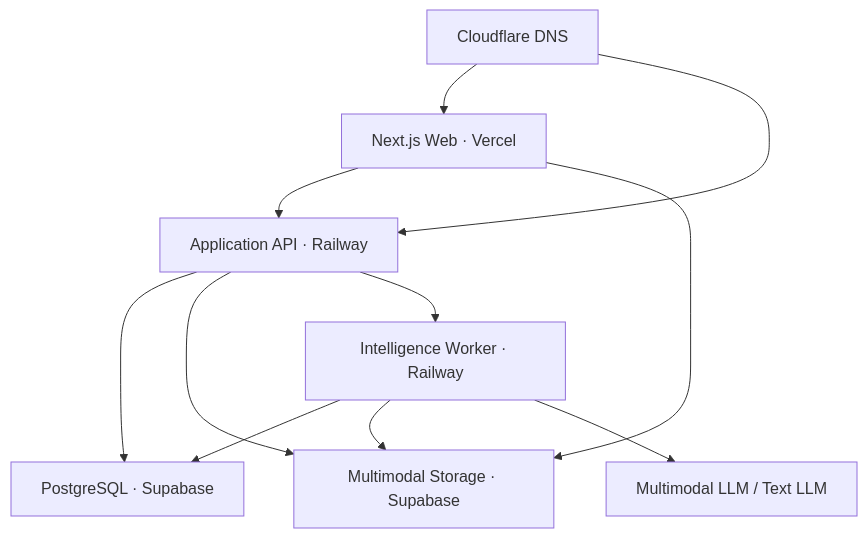
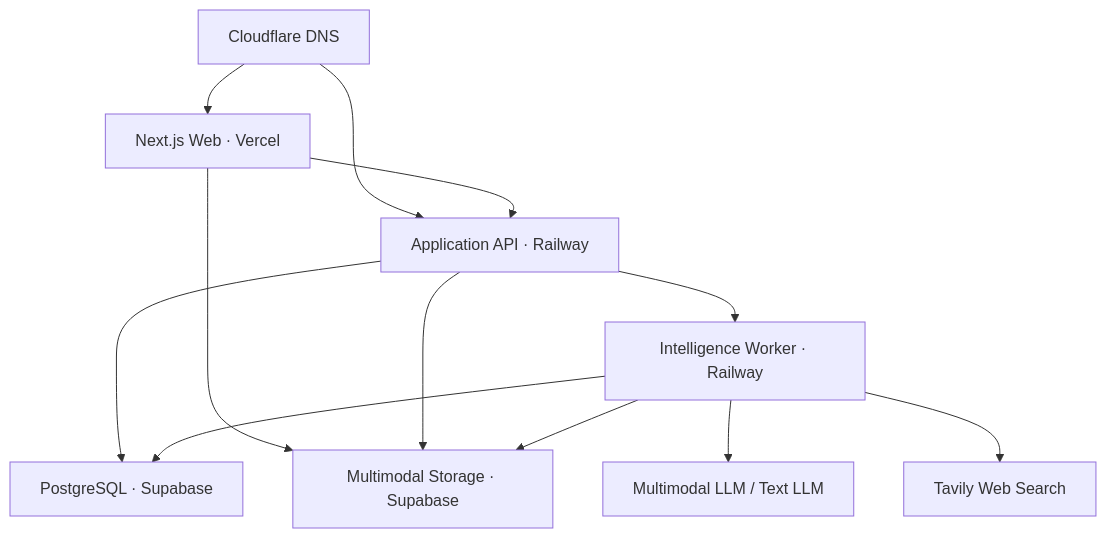
Before and after one commit to toMeetADX/TOMEET_Backend: the second of 2 diagrams in README.md, drawn with Mermaid. The commit also changed other lines of this file and 14 other files, not shown here.

Commit message:
feat(agent): add Tavily-backed web search

````diff
--- a/README.md
+++ b/README.md
@@ -178,21 +189,23 @@
 ```mermaid
 flowchart TB
     DNS["Cloudflare DNS"]
     Web["Next.js Web · Vercel"]
     API["Application API · Railway"]
     Worker["Intelligence Worker · Railway"]
     DB["PostgreSQL · Supabase"]
     Storage["Multimodal Storage · Supabase"]
     LLM["Multimodal LLM / Text LLM"]
+    Search["Tavily Web Search"]
 
     DNS --> Web
     DNS --> API
     Web --> API
     Web --> Storage
     API --> DB
     API --> Storage
     API --> Worker
     Worker --> DB
     Worker --> Storage
     Worker --> LLM
+    Worker --> Search
 ```
````
